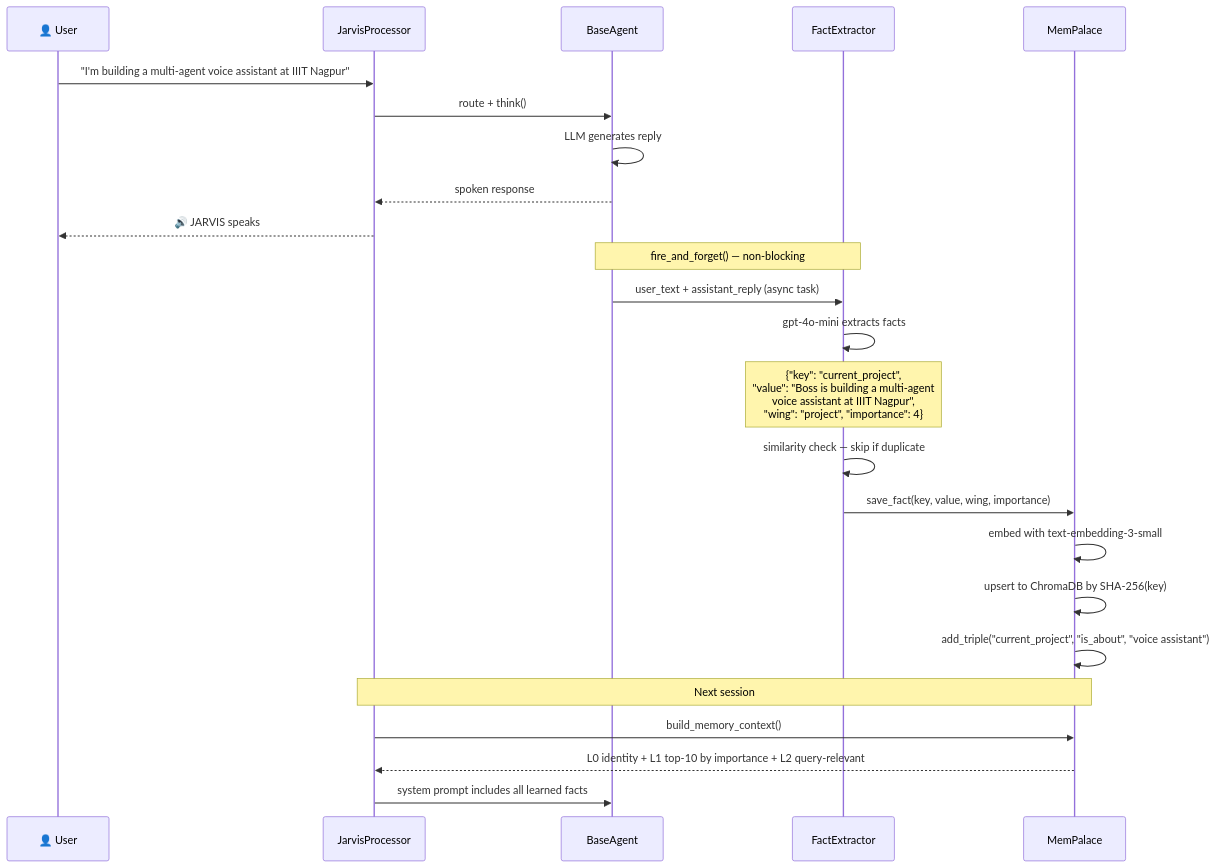
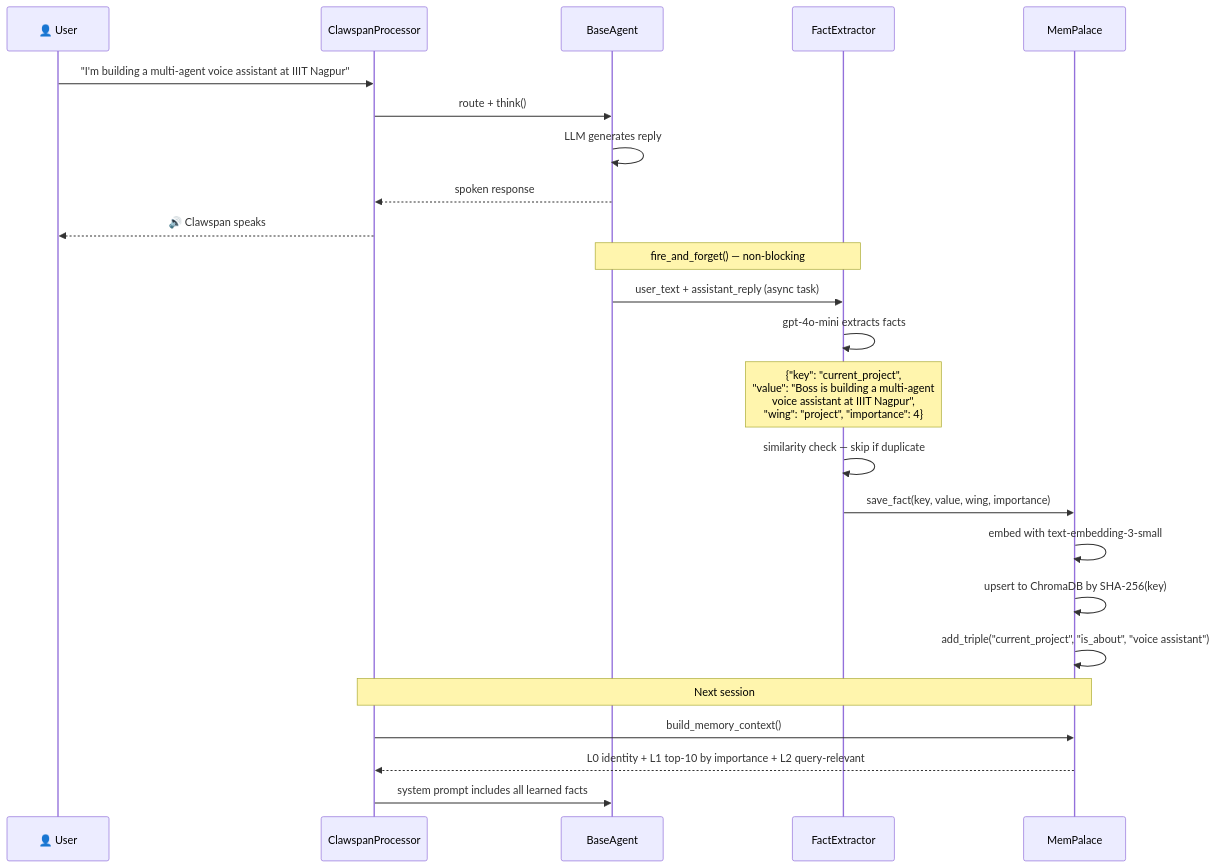
Before and after one commit to akkupratap323/Clawspan: the second of 6 diagrams in README.md, drawn with Mermaid. The commit also changed other lines of this file and 135 other files, not shown here.

First line of the commit message:
chore: rename project from JARVIS to Clawspan, remove unnecessary files, update architecture docs

````diff
--- a/README.md
+++ b/README.md
@@ -219,29 +219,29 @@
 ```mermaid
 sequenceDiagram
     participant U as 👤 User
-    participant JP as JarvisProcessor
+    participant JP as ClawspanProcessor
     participant BA as BaseAgent
     participant FE as FactExtractor
     participant MP as MemPalace
 
     U->>JP: "I'm building a multi-agent voice assistant at IIIT Nagpur"
     JP->>BA: route + think()
     BA->>BA: LLM generates reply
     BA-->>JP: spoken response
-    JP-->>U: 🔊 JARVIS speaks
+    JP-->>U: 🔊 Clawspan speaks
 
     Note over BA,FE: fire_and_forget() — non-blocking
     BA->>FE: user_text + assistant_reply (async task)
     FE->>FE: gpt-4o-mini extracts facts
     Note over FE: {"key": "current_project",<br/>"value": "Boss is building a multi-agent<br/>voice assistant at IIIT Nagpur",<br/>"wing": "project", "importance": 4}
     FE->>FE: similarity check — skip if duplicate
     FE->>MP: save_fact(key, value, wing, importance)
     MP->>MP: embed with text-embedding-3-small
     MP->>MP: upsert to ChromaDB by SHA-256(key)
     MP->>MP: add_triple("current_project", "is_about", "voice assistant")
 
     Note over MP,JP: Next session
     JP->>MP: build_memory_context()
     MP-->>JP: L0 identity + L1 top-10 by importance + L2 query-relevant
     JP->>BA: system prompt includes all learned facts
 ```
````
